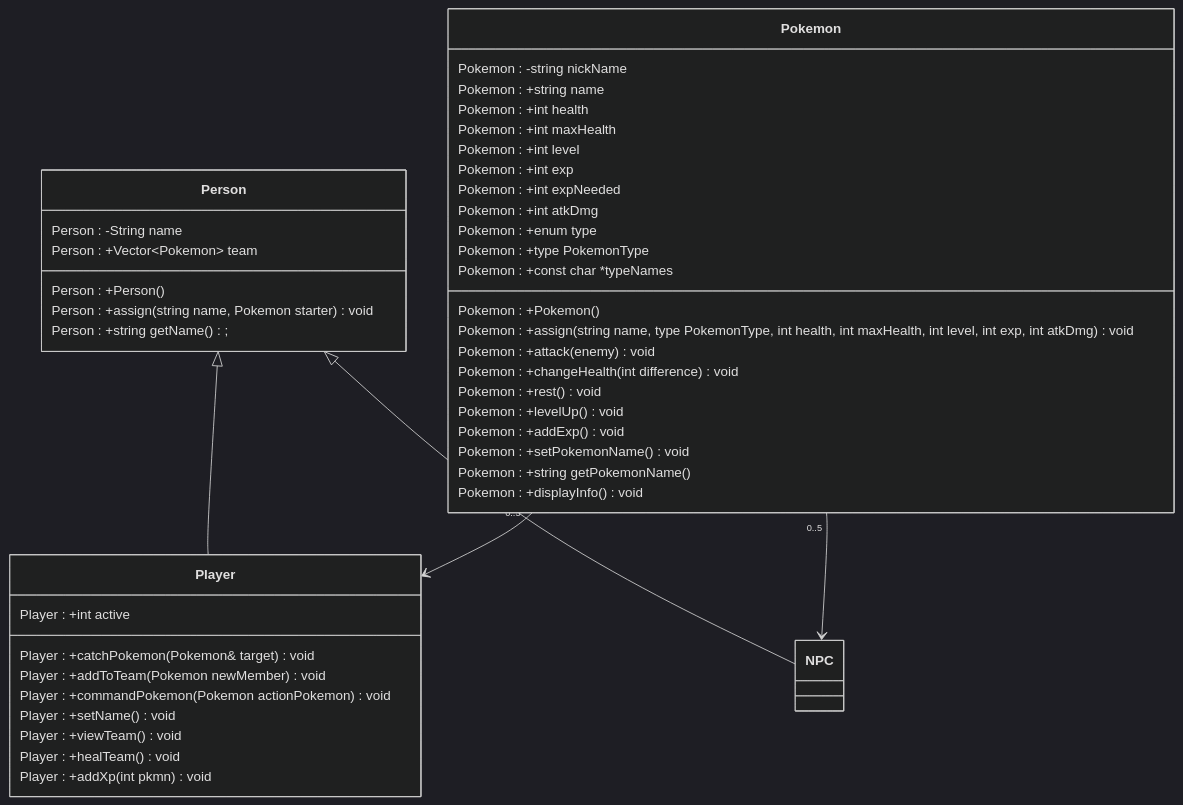
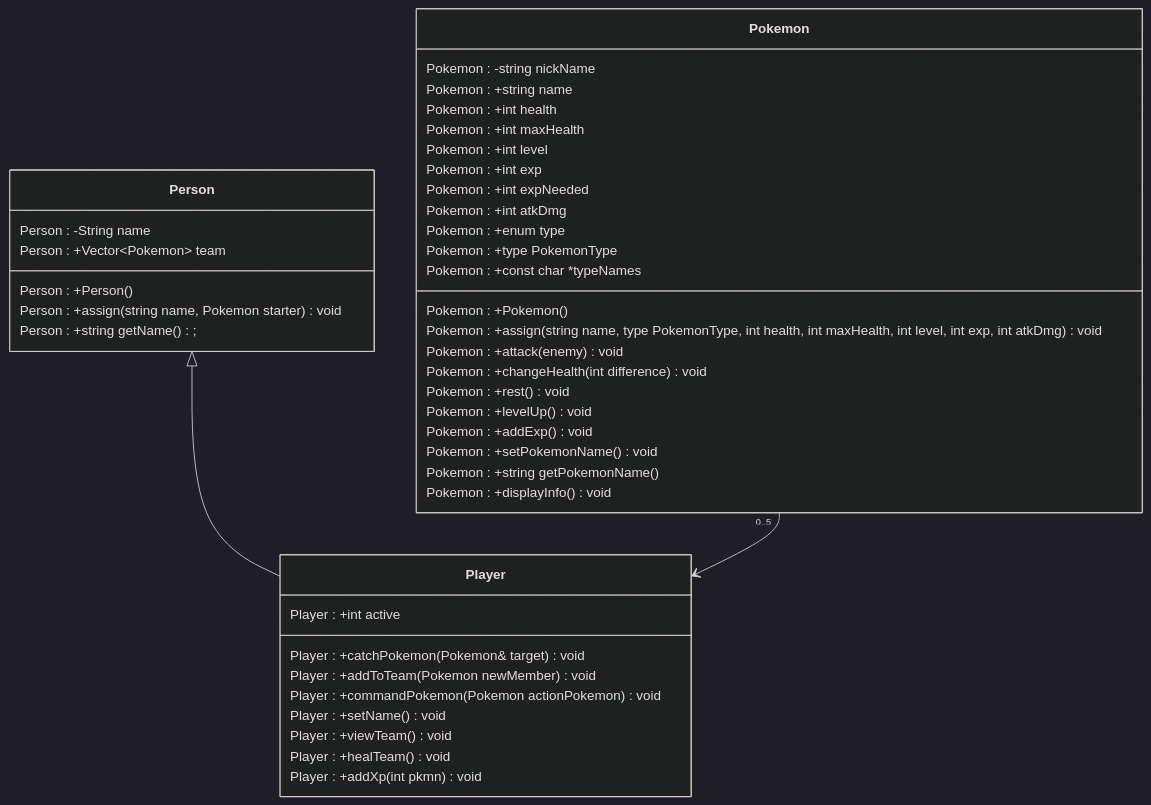
Before and after one commit to rjordell/Pokemon-Like-RPG: the diagram in README.md, drawn with Mermaid (dark theme).

````diff
--- a/README.md
+++ b/README.md
@@ -22,49 +22,47 @@
  ```mermaid
 classDiagram
     class Pokemon {
     Pokemon : -string nickName
     Pokemon : +string name
     Pokemon : +int health
     Pokemon : +int maxHealth
     Pokemon : +int level
     Pokemon : +int exp
     Pokemon : +int expNeeded
     Pokemon : +int atkDmg
     Pokemon : +enum type
     Pokemon : +type PokemonType
     Pokemon : +const char *typeNames
     Pokemon : +Pokemon()
     Pokemon : +assign(string name, type PokemonType, int health, int maxHealth, int level, int exp, int atkDmg) void
     Pokemon : +attack(enemy) void
     Pokemon : +changeHealth(int difference) void
     Pokemon : +rest() void
     Pokemon : +levelUp() void
     Pokemon : +addExp() void
     Pokemon : +setPokemonName() void
     Pokemon : +string getPokemonName()
     Pokemon : +displayInfo() void
 }
     class Person {
     Person : -String name
     Person : +Vector~Pokemon~ team
     Person : +Person()
     Person : +assign(string name, Pokemon starter) void
     Person : +string getName();
 }
     class Player {
     Player : +int active
     Player : +catchPokemon(Pokemon& target) void
     Player : +addToTeam(Pokemon newMember) void
     Player : +commandPokemon(Pokemon actionPokemon) void
     Player : +setName() void
     Player : +viewTeam() void
     Player : +healTeam() void
     Player : +addXp(int pkmn) void
 }
 
 Person<|--Player
-Person<|--NPC
 Pokemon "0..5" --> Player
-Pokemon "0..5" --> NPC
 
 ```
````
